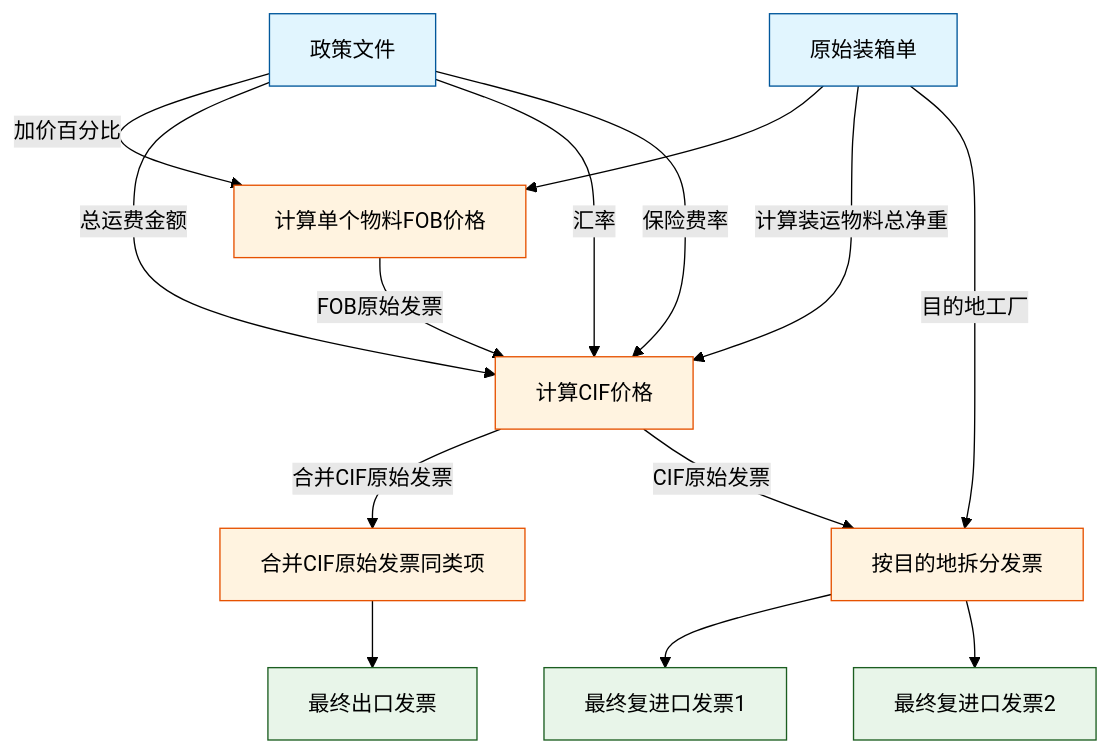
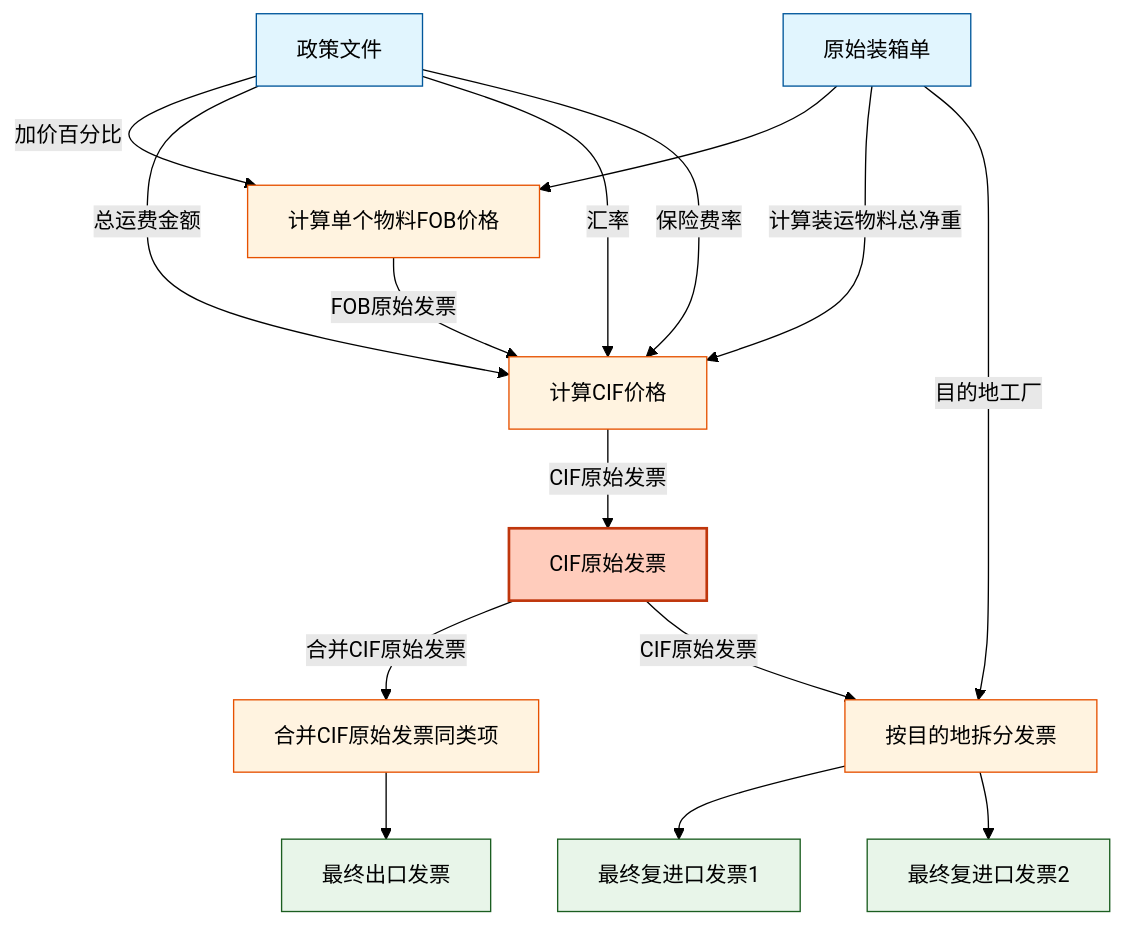
Before and after one commit to anlaganlag/export_reimport: the second of 7 diagrams in WORKFLOW-CN.md, drawn with Mermaid (forest theme). The commit also changed other lines of this file and 8 other files, not shown here.

````diff
--- a/WORKFLOW-CN.md
+++ b/WORKFLOW-CN.md
@@ -15,34 +15,39 @@
 ```mermaid
 graph TD
     %% 输入文件
     OPL[原始装箱单] --> CFOB[计算单个物料FOB价格]
     
     %% FOB计算
     PF[政策文件] --> |加价百分比| CFOB
     
     %% FOB到CIF转换
     OPL --> |计算装运物料总净重|CCIF[计算CIF价格]
     PF --> |总运费金额|CCIF
     PF --> |汇率|CCIF
     PF --> |保险费率|CCIF
     CFOB --> |FOB原始发票|CCIF
     
+    %% 生成CIF原始发票
+    CCIF --> |CIF原始发票|CIFORG[CIF原始发票]
+    
     %% CIF到最终发票处理
-    CCIF --> |合并CIF原始发票|MERGE[合并CIF原始发票同类项]
+    CIFORG --> |合并CIF原始发票|MERGE[合并CIF原始发票同类项]
     MERGE --> EXP[最终出口发票]
 
     %% 拆分原始发票
-    CCIF --> |CIF原始发票|SI[按目的地拆分发票]
+    CIFORG --> |CIF原始发票|SI[按目的地拆分发票]
     OPL --> |目的地工厂|SI
     SI --> RIMP1[最终复进口发票1]
     SI --> RIMP2[最终复进口发票2]
 
     %% 样式
     classDef input fill:#e1f5fe,stroke:#01579b
     classDef process fill:#fff3e0,stroke:#e65100
     classDef output fill:#e8f5e9,stroke:#1b5e20
+    classDef highlight fill:#ffccbc,stroke:#bf360c,stroke-width:2px
     
     class OPL,PF input
-    class CFOB,CCIF,SI,CFEI,MIL2,MIL3,MIL4,MERGE process
-    class EXP,EXP1,RIMP1,RIMP2 output
+    class CFOB,CCIF,SI,MERGE process
+    class CIFORG highlight
+    class EXP,RIMP1,RIMP2 output
 ```
````
